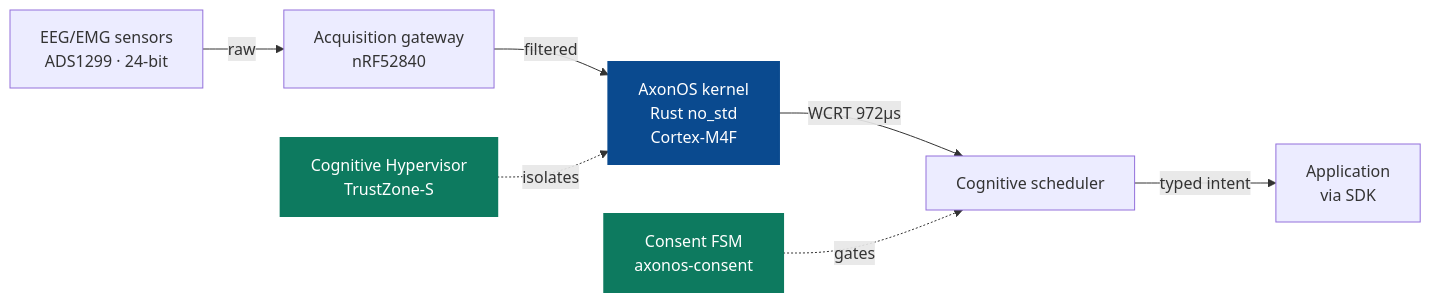
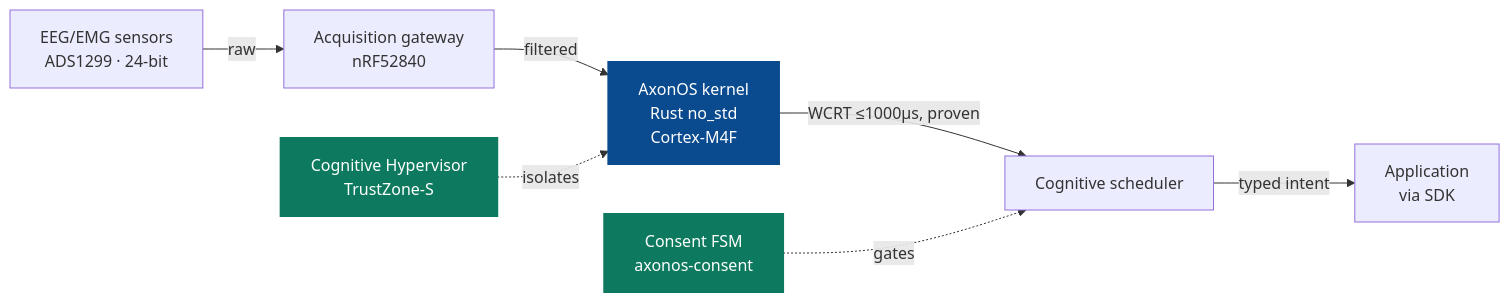
Before and after one commit to AxonOS-org/.github: the diagram in profile/README.md, drawn with Mermaid. The commit also changed other lines of this file, not shown here.

Commit message:
docs: align organization profile with AxonOS Standard evidence status (L1 proven; L2 traces pending; L3 not claimed)

````diff
--- a/profile/README.md
+++ b/profile/README.md
@@ -106,14 +106,14 @@
 ```mermaid
 flowchart LR
     A[EEG/EMG sensors<br/>ADS1299 · 24-bit] -->|raw| B[Acquisition gateway<br/>nRF52840]
     B -->|filtered| C[AxonOS kernel<br/>Rust no_std<br/>Cortex-M4F]
-    C -->|WCRT 972µs| D[Cognitive scheduler]
+    C -->|WCRT ≤1000µs, proven| D[Cognitive scheduler]
     D -->|typed intent| E[Application<br/>via SDK]
     F[Cognitive Hypervisor<br/>TrustZone-S] -.->|isolates| C
     G[Consent FSM<br/>axonos-consent] -.->|gates| D
 
     classDef kernel fill:#0a4a8f,stroke:#0a4a8f,color:#fff,stroke-width:2px
     classDef secure fill:#0d7a5f,stroke:#0d7a5f,color:#fff,stroke-width:2px
     class C kernel
     class F,G secure
 ```
````
